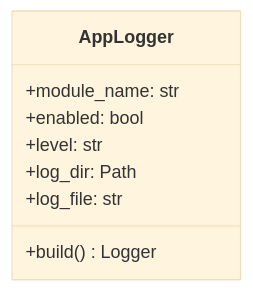
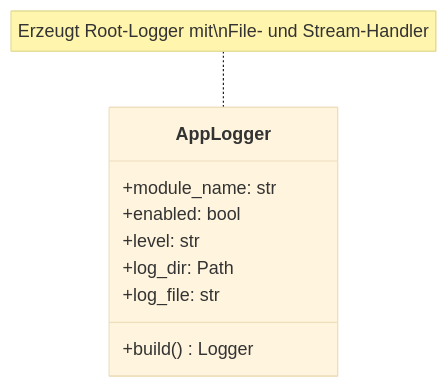
Before and after one commit to Tilmanzzz/media-lens: the first of 3 diagrams in docs/silver_enriched/05_logging.md, drawn with Mermaid (base theme). The commit also changed other lines of this file and 15 other files, not shown here.

````diff
--- a/docs/silver_enriched/05_logging.md
+++ b/docs/silver_enriched/05_logging.md
@@ -9,11 +9,12 @@
 ```mermaid
 classDiagram
     class AppLogger {
         +module_name: str
         +enabled: bool
         +level: str
         +log_dir: Path
         +log_file: str
         +build() Logger
     }
+    note for AppLogger "Erzeugt Root-Logger mit\nFile- und Stream-Handler"
 ```
````
